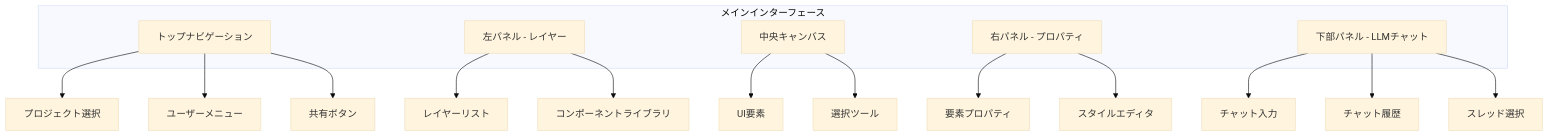
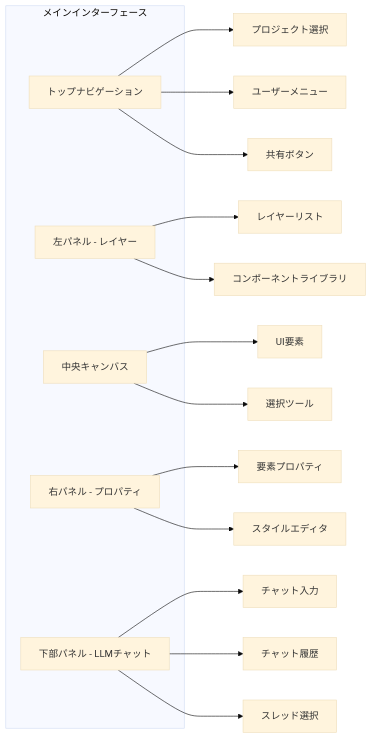
Before and after one commit to tseijp/ctrl: the fourth of 5 diagrams in examples/hono/.docs/spec.md, drawn with Mermaid (base theme). The commit also changed other lines of this file, not shown here.

````diff
--- a/examples/hono/.docs/spec.md
+++ b/examples/hono/.docs/spec.md
@@ -360,27 +360,27 @@
 ```mermaid
-graph TD
+graph LR
     subgraph MainInterface[メインインターフェース]
         TopNav[トップナビゲーション]
         LeftPanel[左パネル - レイヤー]
         Canvas[中央キャンバス]
         RightPanel[右パネル - プロパティ]
         BottomPanel[下部パネル - LLMチャット]
     end
 
     TopNav --> ProjectSelector[プロジェクト選択]
     TopNav --> UserMenu[ユーザーメニュー]
     TopNav --> ShareButton[共有ボタン]
 
     LeftPanel --> LayersList[レイヤーリスト]
     LeftPanel --> ComponentLibrary[コンポーネントライブラリ]
 
     Canvas --> UIElements[UI要素]
     Canvas --> SelectionTools[選択ツール]
 
     RightPanel --> ElementProperties[要素プロパティ]
     RightPanel --> StyleEditor[スタイルエディタ]
 
     BottomPanel --> ChatInput[チャット入力]
     BottomPanel --> ChatHistory[チャット履歴]
     BottomPanel --> ThreadSelector[スレッド選択]
 ```
````
